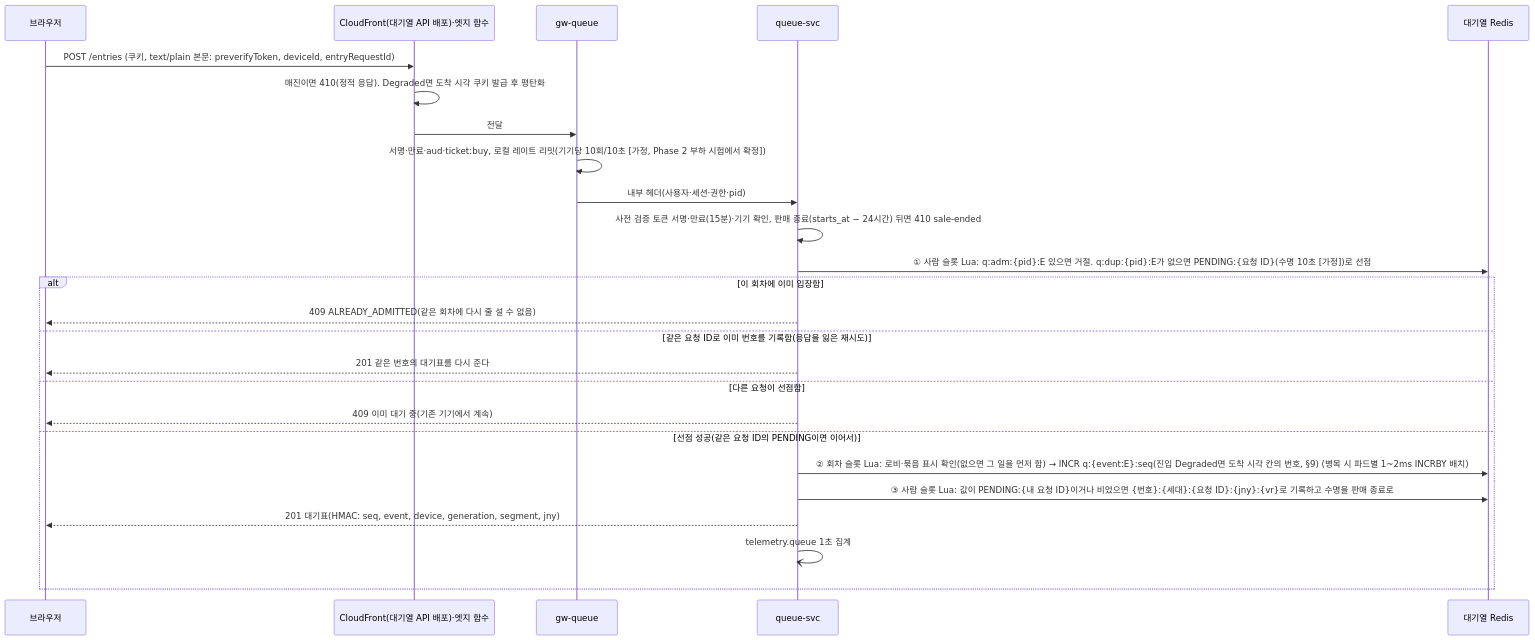
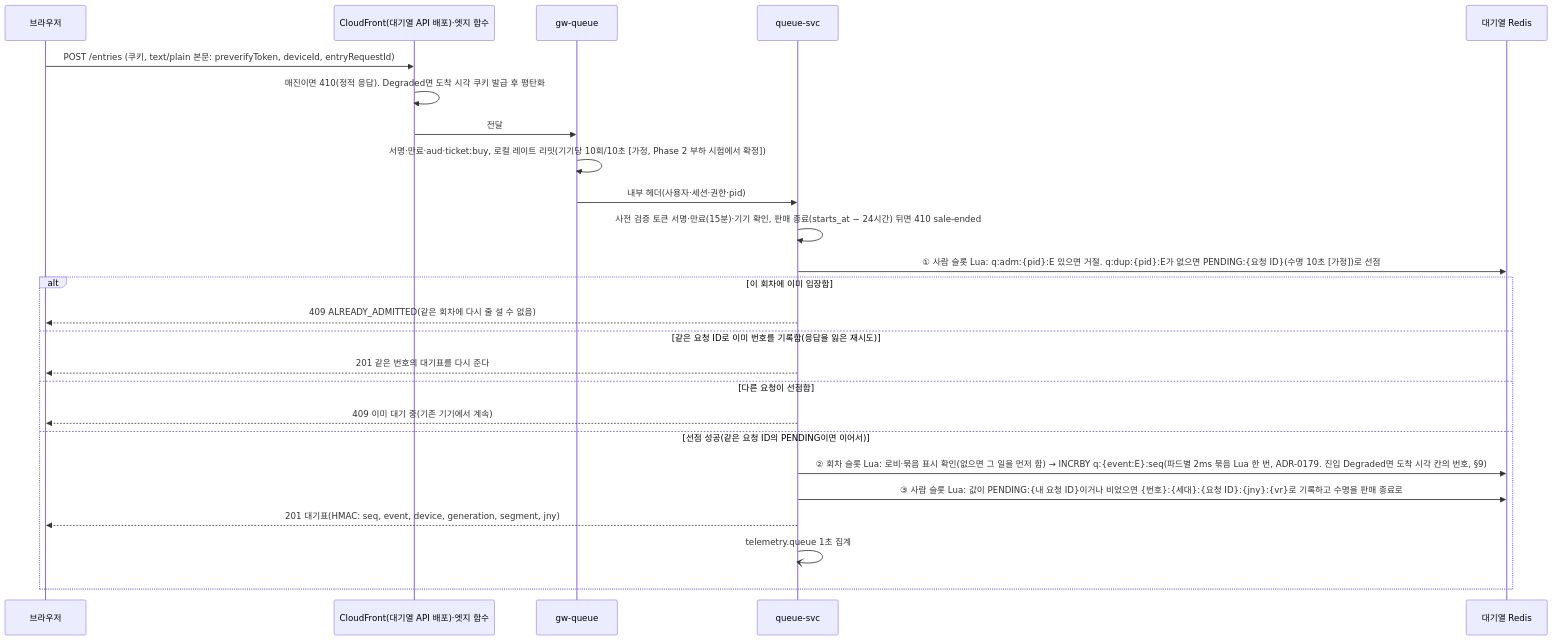
The third of 4 diagrams in docs/features/queue-admission.md (peaket/peaket), drawn with Mermaid before and after one commit. The commit also changed other lines of this file and 20 other files, not shown here.

First line of the commit message:
feat(queue): 진입 ②를 파드별 2ms 묶음 Lua 한 번으로 바꾸고 측정 묶음 numberbatch를 더한다(PRF-075, wbs 2.2.1 ③, Q-T5, NFR-001, ADR-0179, ADR-0176, R-248)

````diff
--- a/docs/features/queue-admission.md
+++ b/docs/features/queue-admission.md
@@ -102,27 +102,27 @@
 ```mermaid
 sequenceDiagram
     participant B as 브라우저
     participant E as CloudFront(대기열 API 배포)·엣지 함수
     participant G as gw-queue
     participant Q as queue-svc
     participant R as 대기열 Redis
     B->>E: POST /entries (쿠키, text/plain 본문: preverifyToken, deviceId, entryRequestId)
     E->>E: 매진이면 410(정적 응답). Degraded면 도착 시각 쿠키 발급 후 평탄화
     E->>G: 전달
     G->>G: 서명·만료·aud·ticket:buy, 로컬 레이트 리밋(기기당 10회/10초 [가정, Phase 2 부하 시험에서 확정])
     G->>Q: 내부 헤더(사용자·세션·권한·pid)
     Q->>Q: 사전 검증 토큰 서명·만료(15분)·기기 확인, 판매 종료(starts_at − 24시간) 뒤면 410 sale-ended
     Q->>R: ① 사람 슬롯 Lua: q:adm:{pid}:E 있으면 거절. q:dup:{pid}:E가 없으면 PENDING:{요청 ID}(수명 10초 [가정])로 선점
     alt 이 회차에 이미 입장함
         Q-->>B: 409 ALREADY_ADMITTED(같은 회차에 다시 줄 설 수 없음)
     else 같은 요청 ID로 이미 번호를 기록함(응답을 잃은 재시도)
         Q-->>B: 201 같은 번호의 대기표를 다시 준다
     else 다른 요청이 선점함
         Q-->>B: 409 이미 대기 중(기존 기기에서 계속)
     else 선점 성공(같은 요청 ID의 PENDING이면 이어서)
-        Q->>R: ② 회차 슬롯 Lua: 로비·묶음 표시 확인(없으면 그 일을 먼저 함) → INCR q:{event:E}:seq(진입 Degraded면 도착 시각 칸의 번호, §9) (병목 시 파드별 1~2ms INCRBY 배치)
+        Q->>R: ② 회차 슬롯 Lua: 로비·묶음 표시 확인(없으면 그 일을 먼저 함) → INCRBY q:{event:E}:seq(파드별 2ms 묶음 Lua 한 번, ADR-0179. 진입 Degraded면 도착 시각 칸의 번호, §9)
         Q->>R: ③ 사람 슬롯 Lua: 값이 PENDING:{내 요청 ID}이거나 비었으면 {번호}:{세대}:{요청 ID}:{jny}:{vr}로 기록하고 수명을 판매 종료로
         Q-->>B: 201 대기표(HMAC: seq, event, device, generation, segment, jny)
         Q-)Q: telemetry.queue 1초 집계
     end
 ```
````
